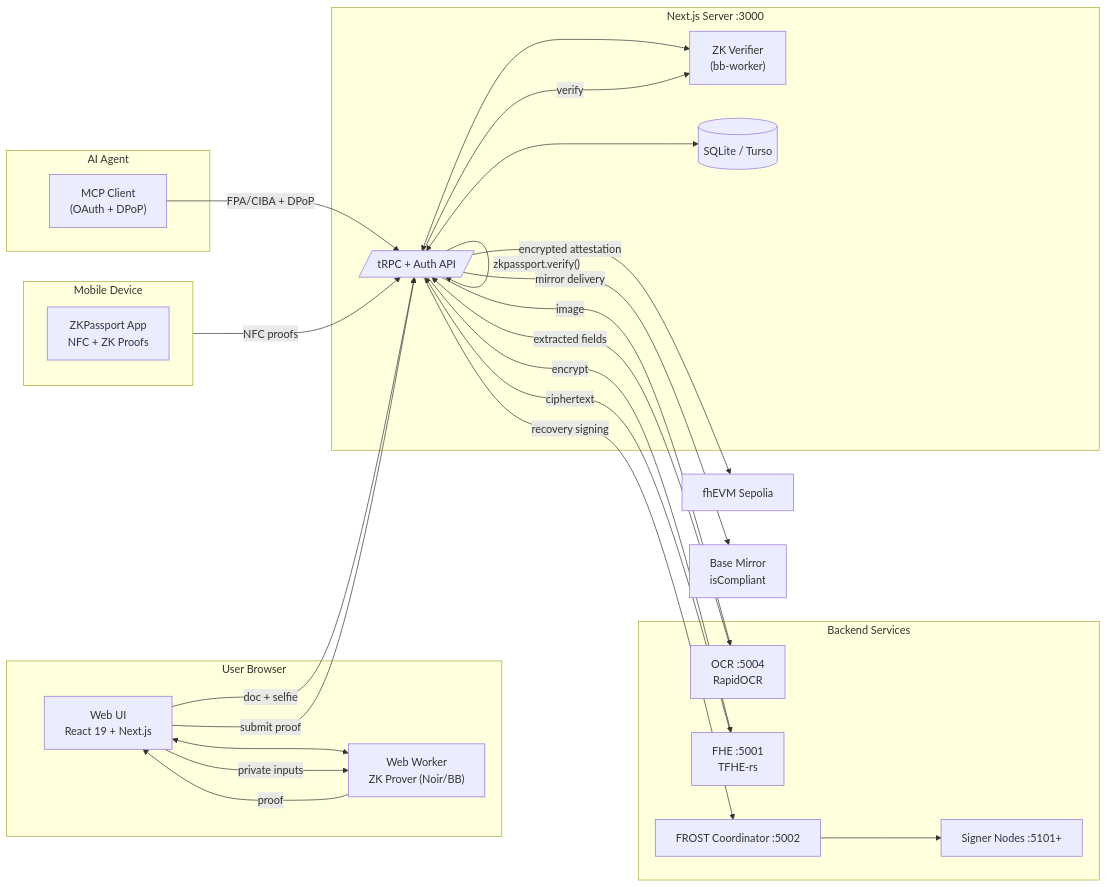
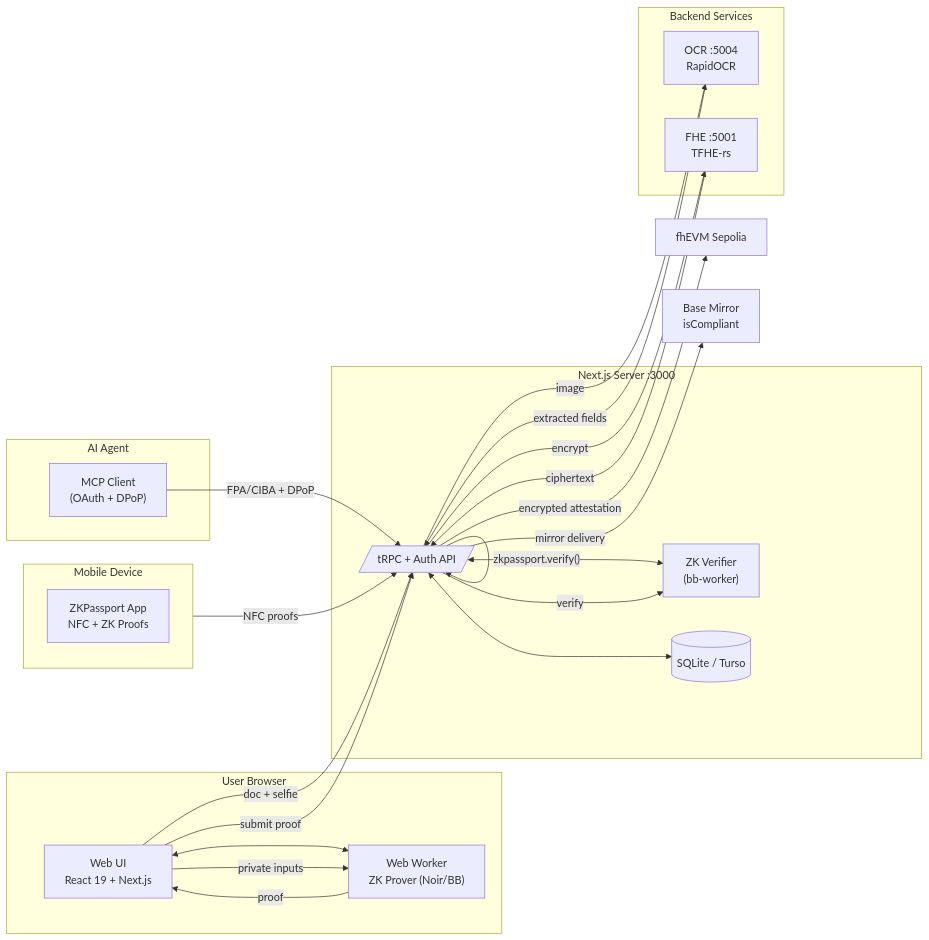
Before and after one commit to gustavovalverde/zentity: the first of 4 diagrams in docs/(concepts)/architecture.md, drawn with Mermaid. The commit also changed other lines of this file and 190 other files, not shown here.

````diff
--- a/docs/(concepts)/architecture.md
+++ b/docs/(concepts)/architecture.md
@@ -30,50 +29,46 @@
 ```mermaid
 flowchart LR
   subgraph Browser["User Browser"]
     UI["Web UI\nReact 19 + Next.js"]
     W["Web Worker\nZK Prover (Noir/BB)"]
     UI <--> W
   end
 
   subgraph Server["Next.js Server :3000"]
     API[/"tRPC + Auth API"/]
     BB["ZK Verifier\n(bb-worker)"]
     DB[("SQLite / Turso")]
     API <--> BB
     API <--> DB
   end
 
   subgraph Services["Backend Services"]
     OCR["OCR :5004\nRapidOCR"]
     FHE["FHE :5001\nTFHE-rs"]
-    SIGNER["FROST Coordinator :5002"]
-    SIGNERS["Signer Nodes :5101+"]
-    SIGNER --> SIGNERS
   end
 
   subgraph Mobile["Mobile Device"]
     ZKP["ZKPassport App\nNFC + ZK Proofs"]
   end
 
   subgraph Agent["AI Agent"]
     MCP["MCP Client\n(OAuth + DPoP)"]
   end
 
   UI -->|"doc + selfie"| API
   MCP -->|"FPA/CIBA + DPoP"| API
   Mobile -->|"NFC proofs"| API
   API -->|"zkpassport.verify()"| API
   API -->|"image"| OCR
   OCR -->|"extracted fields"| API
 
   UI -->|"private inputs"| W
   W -->|"proof"| UI
   UI -->|"submit proof"| API
   API -->|"verify"| BB
 
   API -->|"encrypt"| FHE
   FHE -->|"ciphertext"| API
-  API -->|"recovery signing"| SIGNER
   API -->|"encrypted attestation"| FHEVM["fhEVM Sepolia"]
   API -->|"mirror delivery"| BASE["Base Mirror\nisCompliant"]
 ```
````
